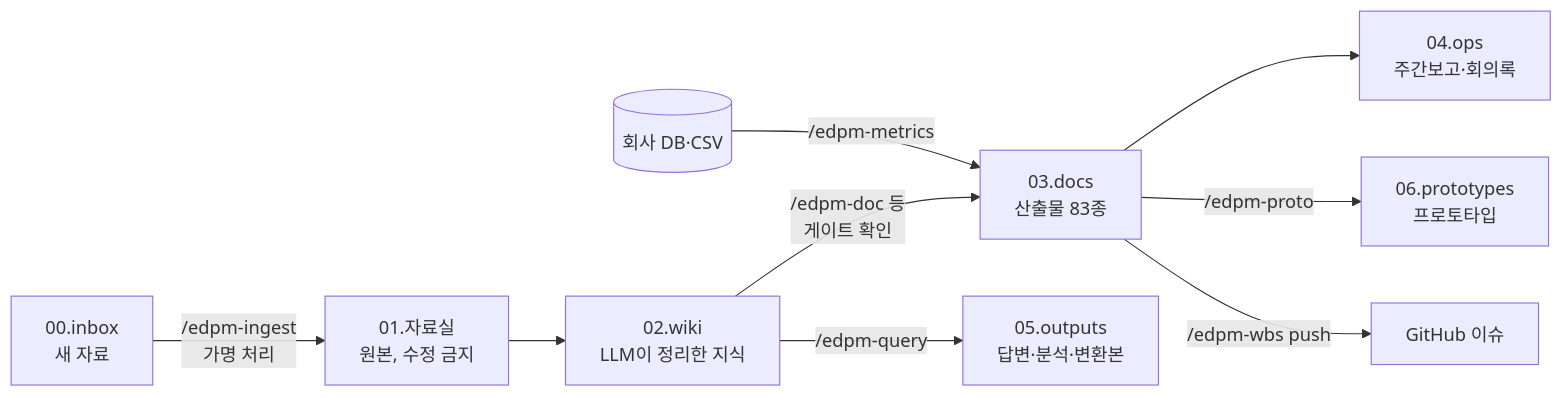
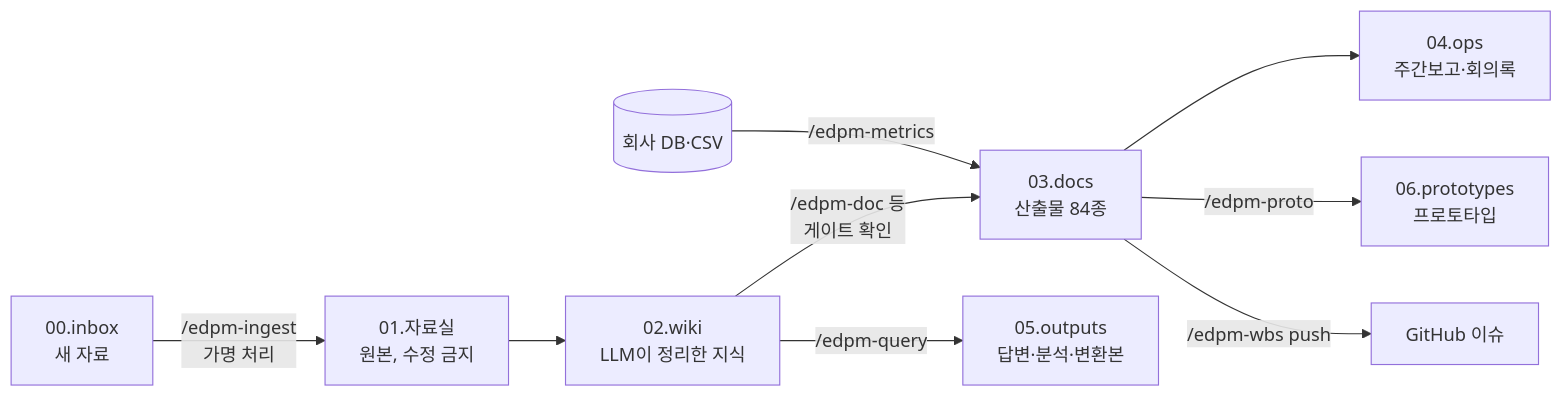
The first of 3 diagrams in guide/14.AtoZ사용가이드.md (rey-hailey/agent-driven-edpm), drawn with Mermaid before and after one commit. The commit also changed other lines of this file and 16 other files, not shown here.

````diff
--- a/guide/14.AtoZ사용가이드.md
+++ b/guide/14.AtoZ사용가이드.md
@@ -42,11 +42,11 @@
 ```mermaid
 graph LR
     IN[00.inbox<br/>새 자료] -->|/edpm-ingest<br/>가명 처리| RAW[01.자료실<br/>원본, 수정 금지]
     RAW --> WIKI[02.wiki<br/>LLM이 정리한 지식]
-    WIKI -->|/edpm-doc 등<br/>게이트 확인| DOCS[03.docs<br/>산출물 83종]
+    WIKI -->|/edpm-doc 등<br/>게이트 확인| DOCS[03.docs<br/>산출물 84종]
     DOCS --> OPS[04.ops<br/>주간보고·회의록]
     WIKI -->|/edpm-query| OUT[05.outputs<br/>답변·분석·변환본]
     DOCS -->|/edpm-proto| PT[06.prototypes<br/>프로토타입]
     SQL[(회사 DB·CSV)] -->|/edpm-metrics| DOCS
     DOCS -->|/edpm-wbs push| GH[GitHub 이슈]
 ```
````
